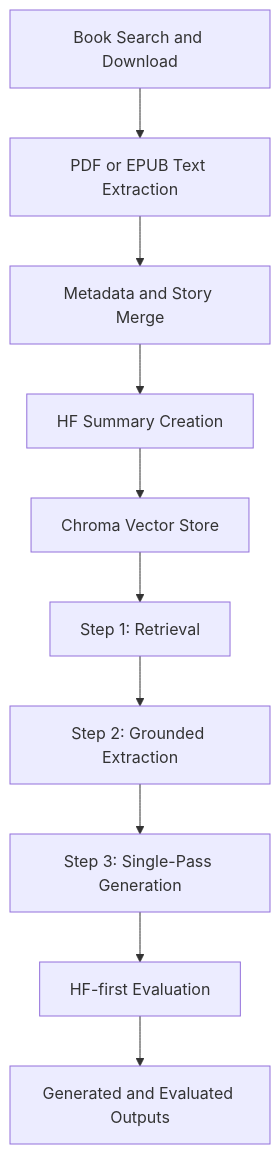
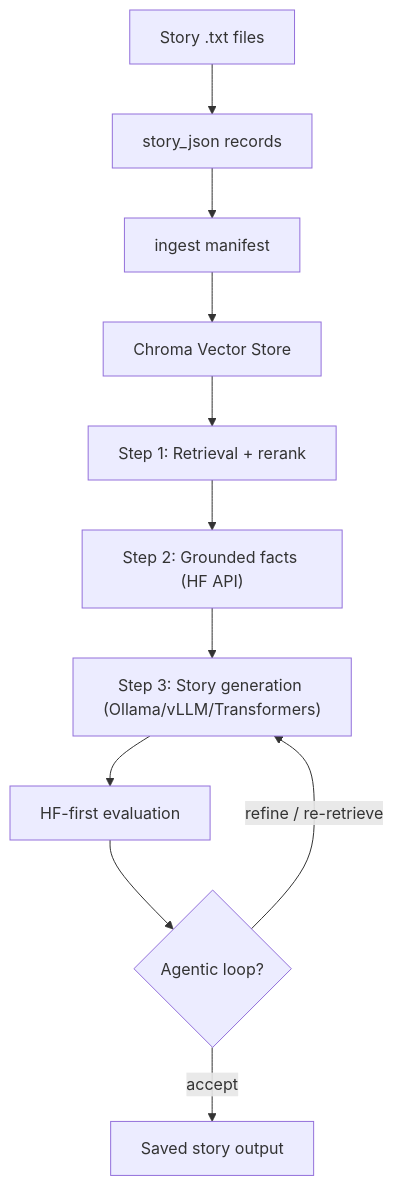
One commit to Nix-ml-journey/StoryForge-RAG changed the diagram in docs/README.md. Above: the diagram before and after it, drawn with Mermaid. The commit also changed other lines of this file and 1 other file, not shown here.

````diff
--- a/docs/README.md
+++ b/docs/README.md
@@ -9,12 +9,13 @@
 ```mermaid
 flowchart TD
-    bookSearch["Book Search and Download"] --> textExtract["PDF or EPUB Text Extraction"]
-    textExtract --> metadataMerge["Metadata and Story Merge"]
-    metadataMerge --> summaryCreate["HF Summary Creation"]
-    summaryCreate --> vectorStore["Chroma Vector Store"]
-    vectorStore --> retrieval["Step 1: Retrieval"]
-    retrieval --> extraction["Step 2: Grounded Extraction"]
-    extraction --> generation["Step 3: Single-Pass Generation"]
-    generation --> evaluation["HF-first Evaluation"]
-    evaluation --> outputs["Generated and Evaluated Outputs"]
+    stories["Story .txt files"] --> storyJson["story_json records"]
+    storyJson --> manifest["ingest manifest"]
+    manifest --> vectorStore["Chroma Vector Store"]
+    vectorStore --> retrieval["Step 1: Retrieval + rerank"]
+    retrieval --> extraction["Step 2: Grounded facts (HF API)"]
+    extraction --> generation["Step 3: Story generation (Ollama/vLLM/Transformers)"]
+    generation --> evaluation["HF-first evaluation"]
+    evaluation --> agentic{"Agentic loop?"}
+    agentic -->|refine / re-retrieve| generation
+    agentic -->|accept| outputs["Saved story output"]
 ```
````
